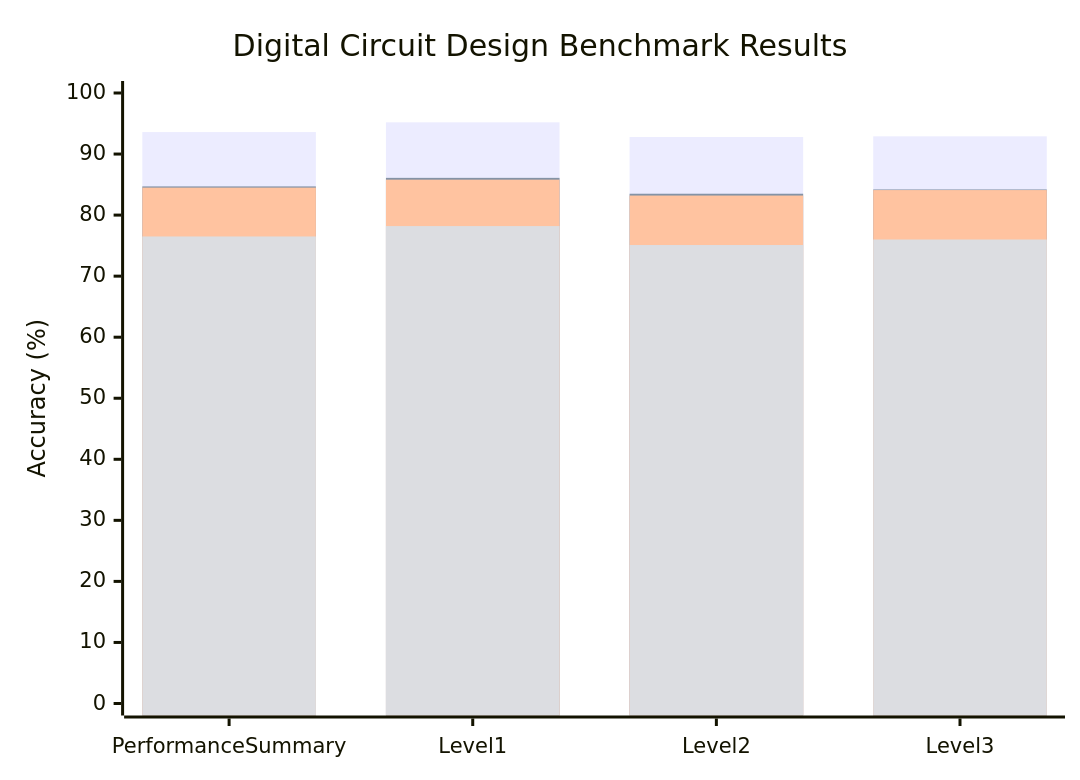
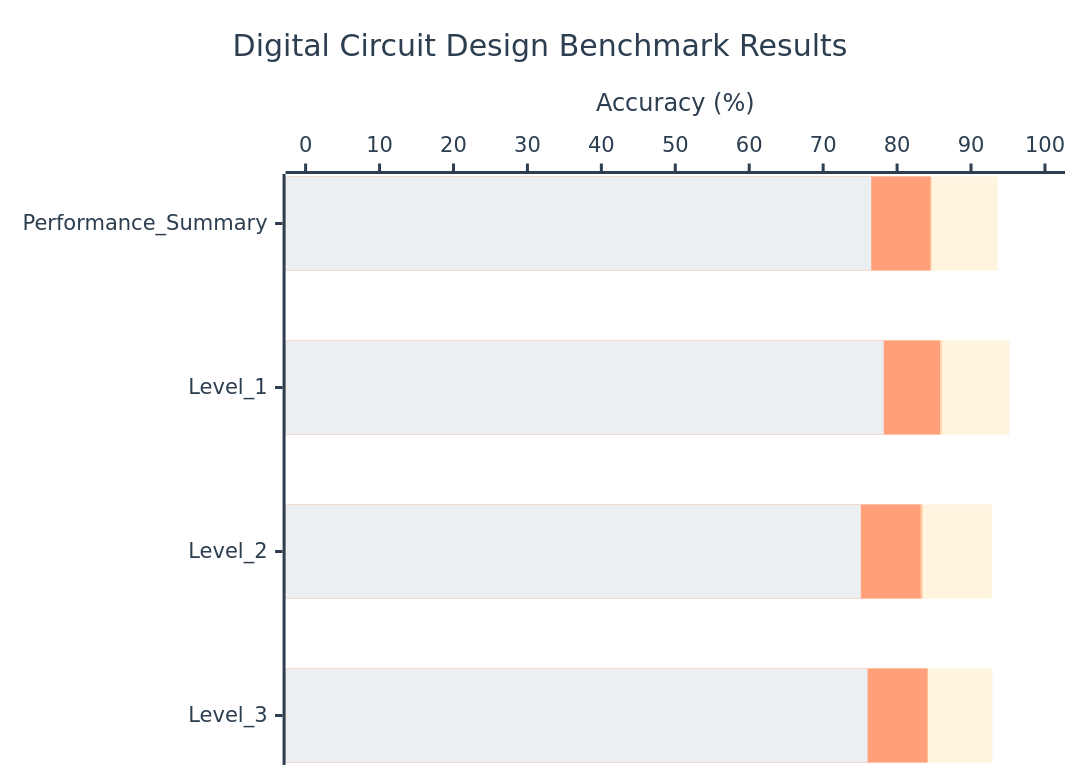
Before and after one commit to duonggiang156/banchmark-edabk: the diagram in README.md, drawn with Mermaid. The commit also changed other lines of this file, not shown here.

````diff
--- a/README.md
+++ b/README.md
@@ -56,11 +56,27 @@
 ```mermaid
-%%{init: {'theme':'default', 'themeVariables': { 'primaryColor': '#FFFFFF', 'primaryTextColor': '#2C3E50', 'primaryBorderColor': '#34495E', 'lineColor': '#2C3E50', 'secondaryColor': '#2C3E50', 'tertiaryColor': '#2C3E50', 'background': '#FFFFFF', 'mainBkg': '#FFFFFF', 'cScale0': '#27AE60', 'cScale1': '#3498DB', 'cScale2': '#E67E22', 'cScale3': '#E74C3C'}}}%%
-xychart-beta
+%%{init: {
+  'theme': 'base',
+  'themeVariables': {
+    'primaryColor': '#ffffff',
+    'primaryTextColor': '#2c3e50',
+    'primaryBorderColor': '#34495e',
+    'lineColor': '#2c3e50',
+    'secondaryColor': '#ecf0f1',
+    'tertiaryColor': '#bdc3c7',
+    'background': '#ffffff',
+    'mainBkg': '#ffffff',
+    'cScale0': '#27ae60',
+    'cScale1': '#3498db', 
+    'cScale2': '#e67e22',
+    'cScale3': '#e74c3c'
+  }
+}}%%
+xychart-beta horizontal
     title "Digital Circuit Design Benchmark Results"
-    x-axis [Performance Summary, Level 1, Level 2, Level 3]
+    x-axis [Performance_Summary, Level_1, Level_2, Level_3]
     y-axis "Accuracy (%)" 0 --> 100
     bar [93.6, 95.2, 92.8, 92.9]
-    bar [84.7, 86.1, 83.5, 84.2]
+    bar [84.7, 86.1, 83.5, 84.2] 
     bar [84.5, 85.8, 83.2, 84.1]
     bar [76.5, 78.2, 75.1, 76.0]
 ```
````
